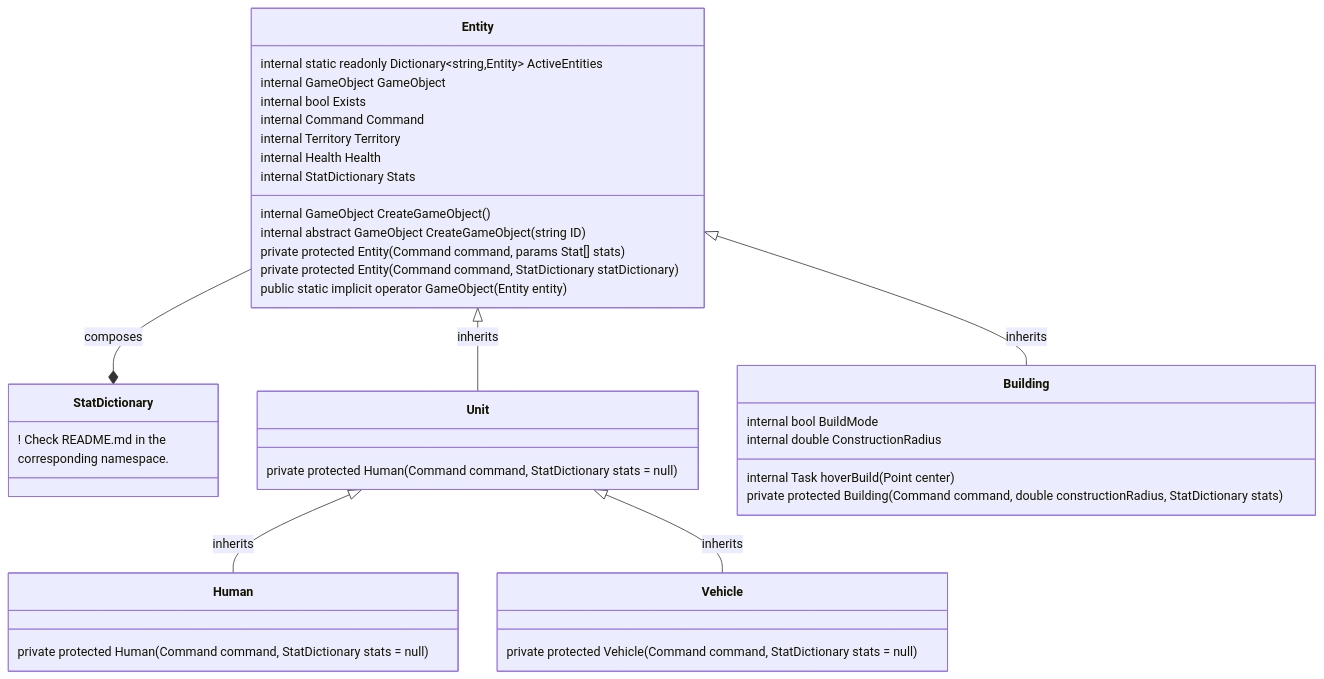
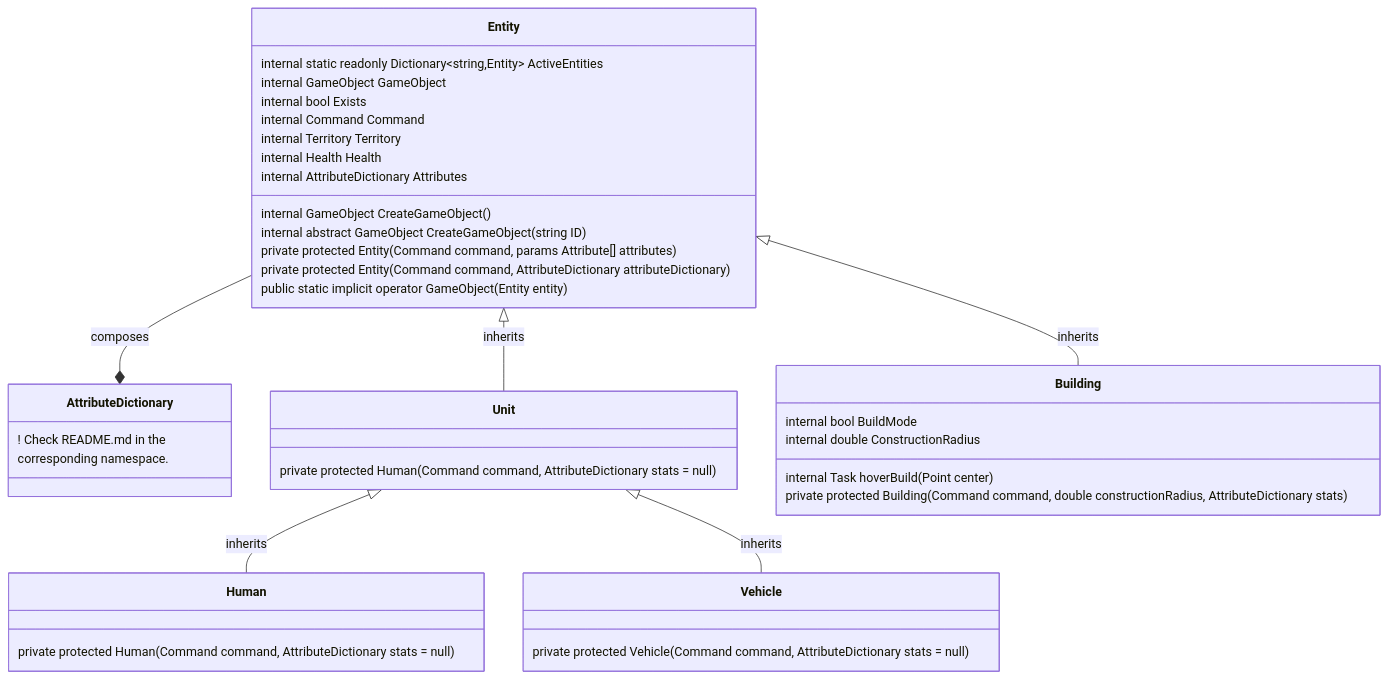
One commit to Galacticai/Commanders changed the diagram in Assets/Scripts/Game/Entities/README.md. Above: the diagram before and after it, drawn with Mermaid.

Commit message:
rename(namespace)!: `Stats` -> `Attributes`

````diff
--- a/Assets/Scripts/Game/Entities/README.md
+++ b/Assets/Scripts/Game/Entities/README.md
@@ -7,46 +7,46 @@
 ```mermaid
 classDiagram-v2
     class Entity {
         internal static readonly Dictionary~string,Entity~ ActiveEntities
         internal GameObject GameObject
         internal bool Exists
         internal Command Command
         internal Territory Territory
         internal Health Health
         
         internal GameObject CreateGameObject()
         internal abstract GameObject CreateGameObject(string ID)
 
-        internal StatDictionary Stats
+        internal AttributeDictionary Attributes
 
-        private protected Entity(Command command, params Stat[] stats)
-        private protected Entity(Command command, StatDictionary statDictionary)
+        private protected Entity(Command command, params Attribute[] attributes)
+        private protected Entity(Command command, AttributeDictionary attributeDictionary)
 
         public static implicit operator GameObject(Entity entity)
     }
-    Entity --* StatDictionary : composes
-        class StatDictionary {
+    Entity --* AttributeDictionary : composes
+        class AttributeDictionary {
             ! Check README.md in the
             corresponding namespace.
         }
     Entity <|-- Unit : inherits
         class Unit {
-            private protected Human(Command command, StatDictionary stats = null)
+            private protected Human(Command command, AttributeDictionary stats = null)
         }
         Unit <|-- Human : inherits
             class Human {
-                private protected Human(Command command, StatDictionary stats = null)
+                private protected Human(Command command, AttributeDictionary stats = null)
             }
         Unit <|-- Vehicle : inherits
             class Vehicle {
-                private protected Vehicle(Command command, StatDictionary stats = null)
+                private protected Vehicle(Command command, AttributeDictionary stats = null)
             }
     Entity <|-- Building : inherits
         class Building {
             internal bool BuildMode
             internal Task<bool> hoverBuild(Point center)
             internal double ConstructionRadius
-            private protected Building(Command command, double constructionRadius, StatDictionary stats)
+            private protected Building(Command command, double constructionRadius, AttributeDictionary stats)
         }
 
 ```
````
